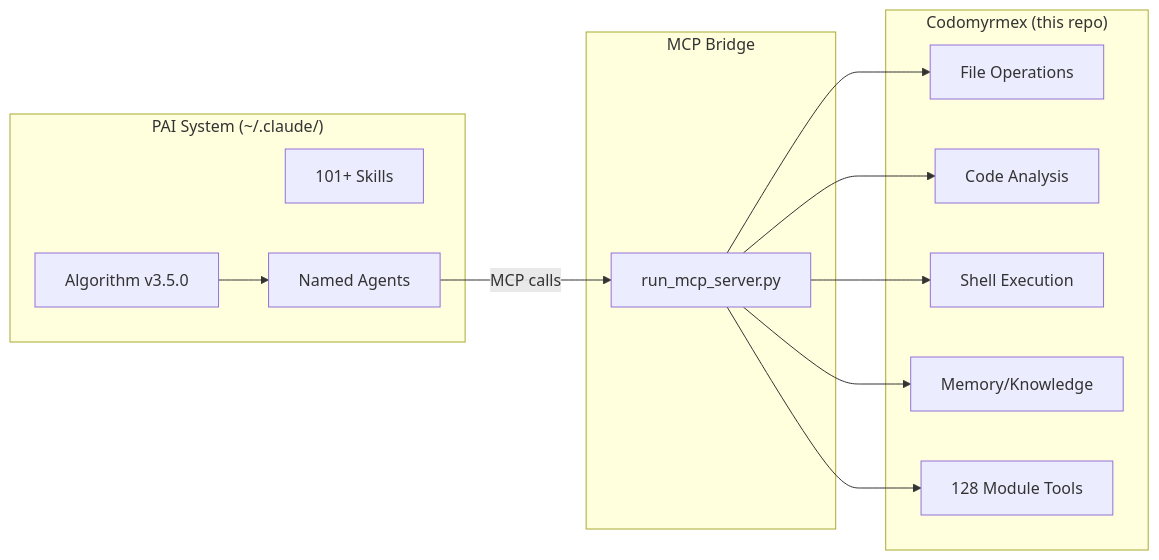
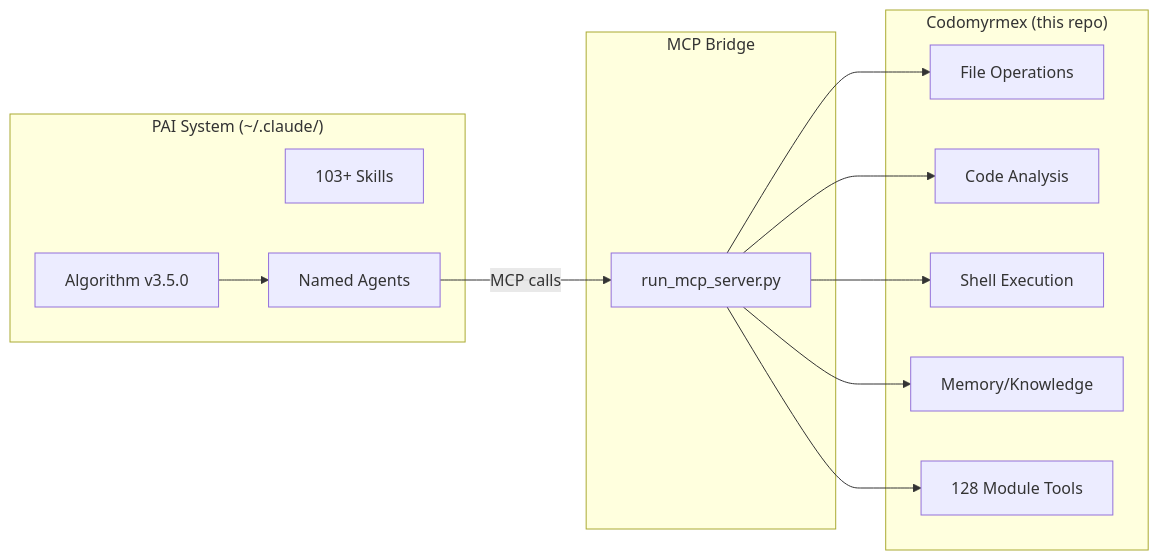
The diagram in PAI.md (docxology/codomyrmex), drawn with Mermaid before and after one commit. The commit also changed other lines of this file and 119 other files, not shown here.

````diff
--- a/PAI.md
+++ b/PAI.md
@@ -35,28 +35,28 @@
 ```mermaid
 graph LR
     subgraph PAI ["PAI System (~/.claude/)"]
         Algo["Algorithm v3.5.0"]
-        Skills["101+ Skills"]
+        Skills["103+ Skills"]
         Agents["Named Agents"]
     end
 
     subgraph Bridge ["MCP Bridge"]
         Server["run_mcp_server.py"]
     end
 
     subgraph Codomyrmex ["Codomyrmex (this repo)"]
         FileOps["File Operations"]
         CodeAnalysis["Code Analysis"]
         Shell["Shell Execution"]
         Memory["Memory/Knowledge"]
         Modules["128 Module Tools"]
     end
 
     Algo --> Agents
     Agents -->|"MCP calls"| Server
     Server --> FileOps
     Server --> CodeAnalysis
     Server --> Shell
     Server --> Memory
     Server --> Modules
 ```
````
